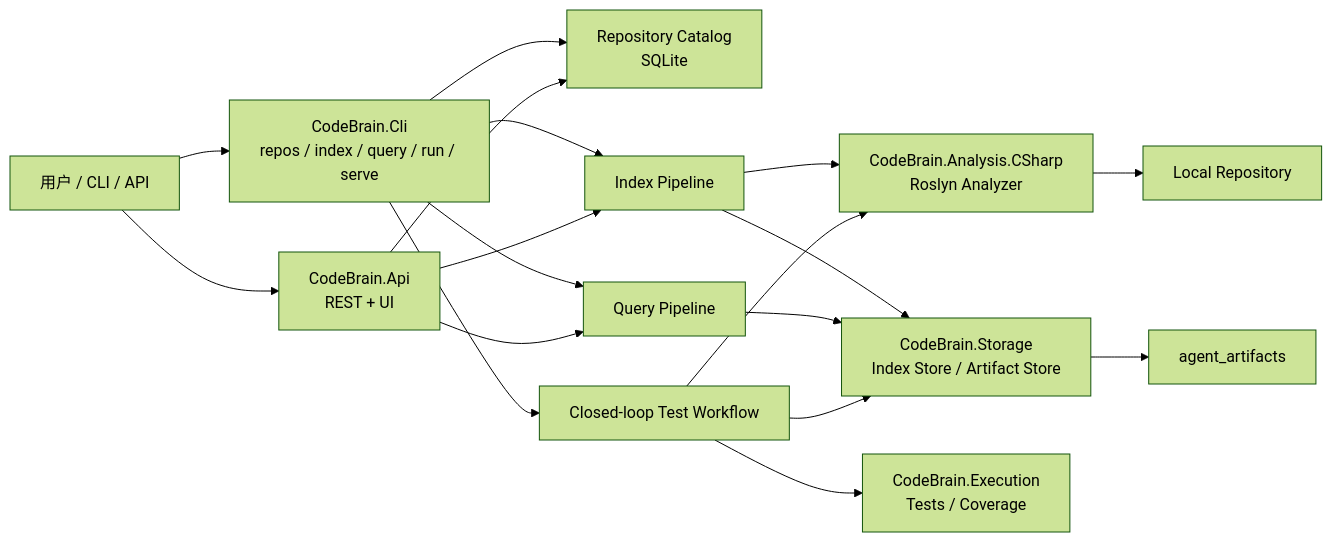
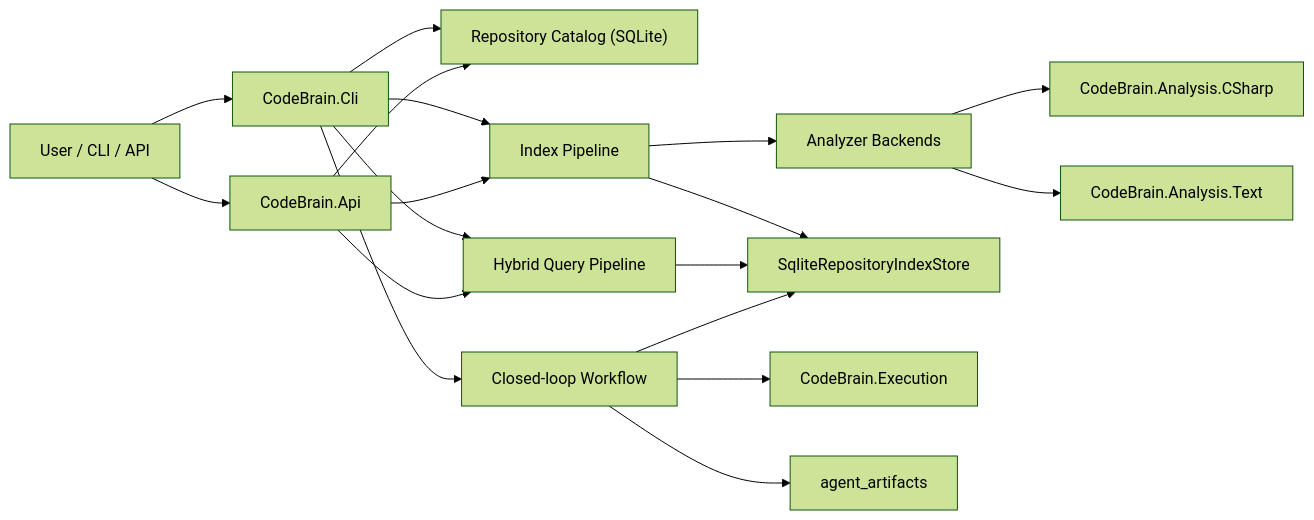
Before and after one commit to Gavinluo/Oscar: the first of 4 diagrams in ARCHITECTURE.md, drawn with Mermaid (forest theme). The commit also changed other lines of this file and 32 other files, not shown here.

Commit message:
Add hybrid retrieval and repository QA workspace

````diff
--- a/ARCHITECTURE.md
+++ b/ARCHITECTURE.md
@@ -12,24 +14,25 @@
 ```mermaid
 flowchart LR
-    U["用户 / CLI / API"] --> CLI["CodeBrain.Cli\nrepos / index / query / run / serve"]
-    U --> API["CodeBrain.Api\nREST + UI"]
+    U["User / CLI / API"] --> CLI["CodeBrain.Cli"]
+    U --> API["CodeBrain.Api"]
 
-    CLI --> CATALOG["Repository Catalog\nSQLite"]
+    CLI --> CATALOG["Repository Catalog (SQLite)"]
     CLI --> INDEX["Index Pipeline"]
-    CLI --> QUERY["Query Pipeline"]
-    CLI --> LOOP["Closed-loop Test Workflow"]
+    CLI --> QUERY["Hybrid Query Pipeline"]
+    CLI --> LOOP["Closed-loop Workflow"]
 
     API --> CATALOG
     API --> INDEX
     API --> QUERY
 
-    INDEX --> ANALYZER["CodeBrain.Analysis.CSharp\nRoslyn Analyzer"]
-    INDEX --> STORE["CodeBrain.Storage\nIndex Store / Artifact Store"]
+    INDEX --> ANALYZERS["Analyzer Backends"]
+    ANALYZERS --> ROSLYN["CodeBrain.Analysis.CSharp"]
+    ANALYZERS --> TEXT["CodeBrain.Analysis.Text"]
+
+    INDEX --> STORE["SqliteRepositoryIndexStore"]
     QUERY --> STORE
-    LOOP --> ANALYZER
     LOOP --> STORE
-    LOOP --> EXEC["CodeBrain.Execution\nTests / Coverage"]
 
-    STORE --> ART["agent_artifacts"]
-    ANALYZER --> TARGET["Local Repository"]
+    LOOP --> EXEC["CodeBrain.Execution"]
+    LOOP --> ART["agent_artifacts"]
 ```
````
